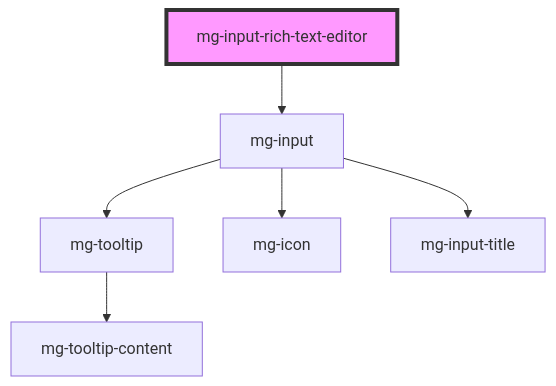
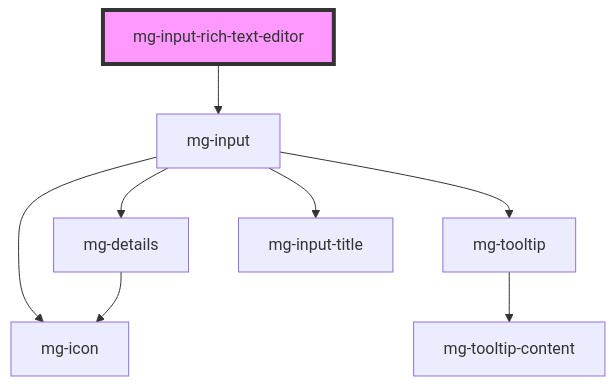
One commit to MGDIS/core-ui changed the diagram in packages/mg-components/src/components/molecules/inputs/mg-input-rich-text-editor/readme.md. Above: the diagram before and after it, drawn with Mermaid. The commit also changed 46 other files, not shown here.

````diff
--- a/packages/mg-components/src/components/molecules/inputs/mg-input-rich-text-editor/readme.md
+++ b/packages/mg-components/src/components/molecules/inputs/mg-input-rich-text-editor/readme.md
@@ -154,9 +154,11 @@
 ```mermaid
 graph TD;
   mg-input-rich-text-editor --> mg-input
+  mg-input --> mg-details
   mg-input --> mg-tooltip
   mg-input --> mg-icon
   mg-input --> mg-input-title
+  mg-details --> mg-icon
   mg-tooltip --> mg-tooltip-content
   style mg-input-rich-text-editor fill:#f9f,stroke:#333,stroke-width:4px
 ```
````
